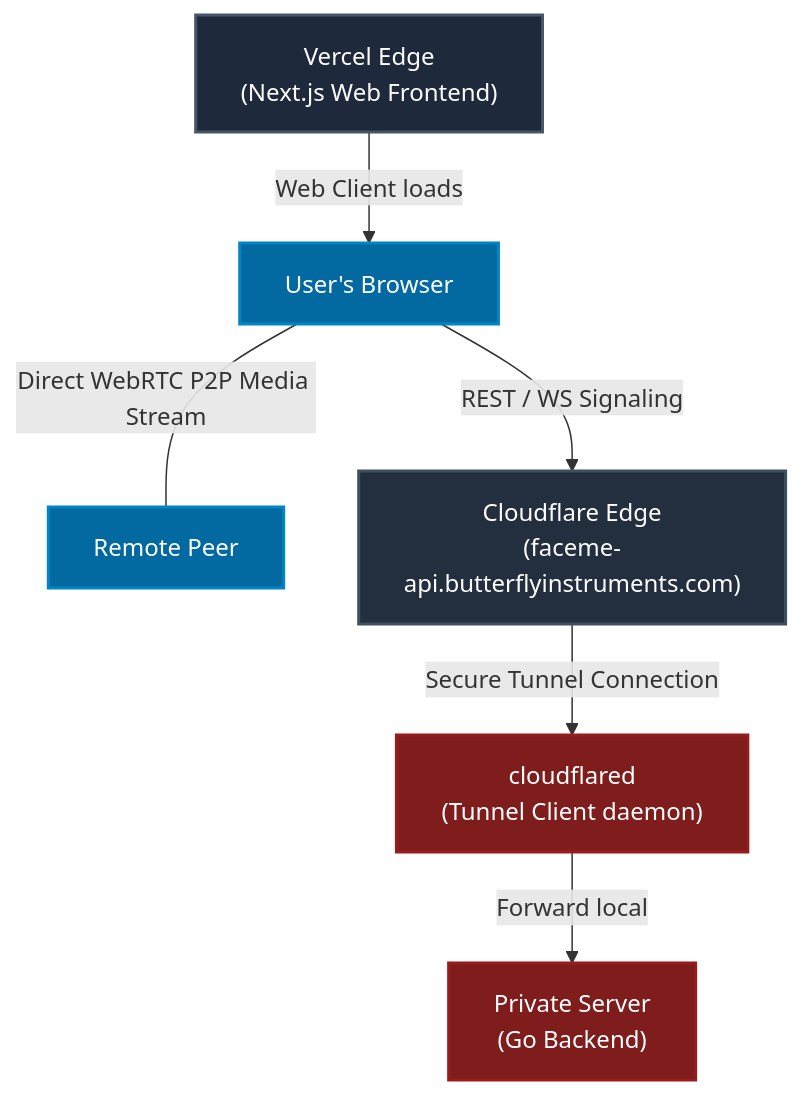
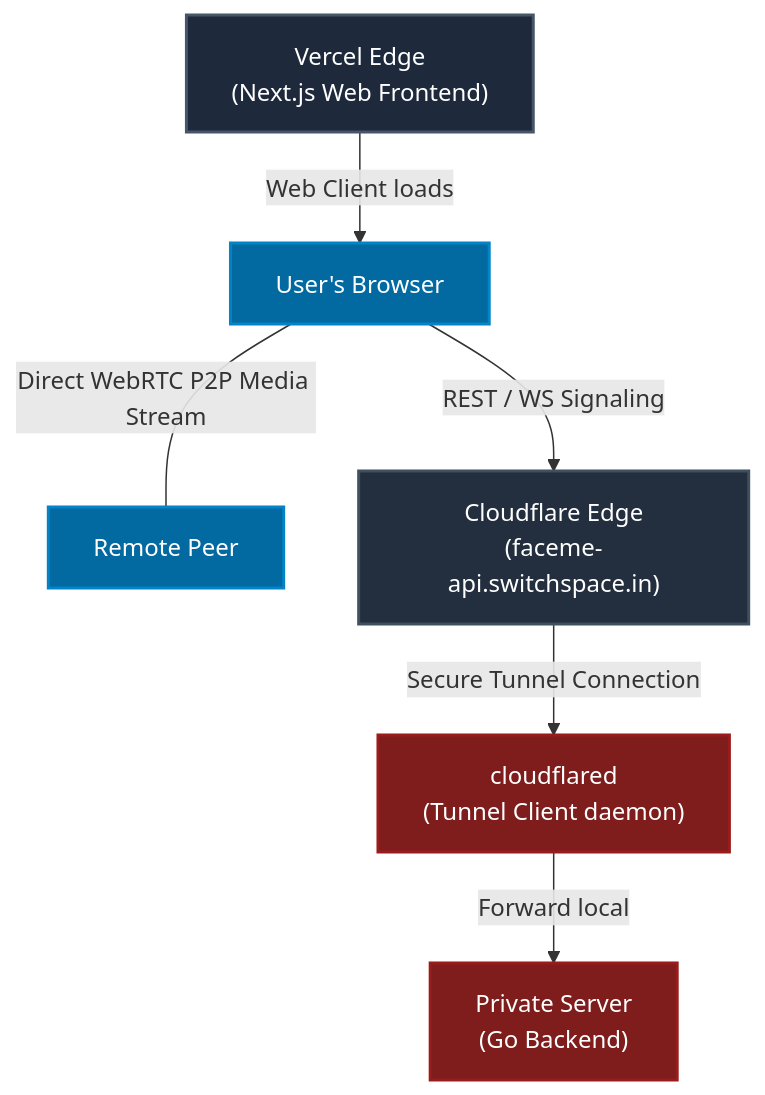
One commit to devaPOC/face-me changed the diagram in docs/setup-guide.md. Above: the diagram before and after it, drawn with Mermaid. The commit also changed other lines of this file and 2 other files, not shown here.

Commit message:
chore: update deployment URLs and documentation to switchspace.in domain

````diff
--- a/docs/setup-guide.md
+++ b/docs/setup-guide.md
@@ -113,13 +113,13 @@
 ```mermaid
 graph TD
     classDef cloud fill:#232F3E,stroke:#3F4F5F,stroke-width:2px,color:#fff;
     classDef edge fill:#1E293B,stroke:#475569,stroke-width:2px,color:#fff;
     classDef client fill:#0369A1,stroke:#0284C7,stroke-width:2px,color:#fff;
     classDef private fill:#7F1D1D,stroke:#991B1B,stroke-width:2px,color:#fff;
 
     Vercel["Vercel Edge<br>(Next.js Web Frontend)"]:::edge -->|Web Client loads| Browser["User's Browser"]:::client
     Browser ---|Direct WebRTC P2P Media Stream| Peer["Remote Peer"]:::client
-    Browser -->|REST / WS Signaling| Cloudflare["Cloudflare Edge<br>(faceme-api.butterflyinstruments.com)"]:::cloud
+    Browser -->|REST / WS Signaling| Cloudflare["Cloudflare Edge<br>(faceme-api.switchspace.in)"]:::cloud
     Cloudflare -->|Secure Tunnel Connection| cloudflared["cloudflared<br>(Tunnel Client daemon)"]:::private
     cloudflared -->|Forward local| GoBackend["Private Server<br>(Go Backend)"]:::private
 ```
````
